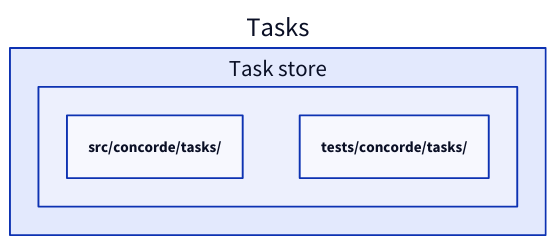
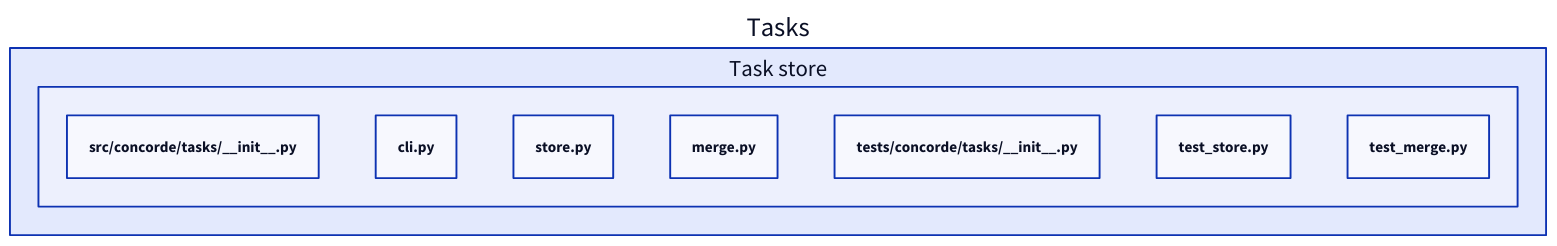
The third of 4 diagrams in specs/concorde/tasks/module.md (FTOD/concorde), drawn with D2 before and after one commit. The commit also changed other lines of this file and 81 other files, not shown here.

````diff
--- a/specs/concorde/tasks/module.md
+++ b/specs/concorde/tasks/module.md
@@ -361,8 +250,13 @@
 ```d2
 tasks: Tasks {
   store: Task store {
-    "src/concorde/tasks/"
-    "tests/concorde/tasks/"
+    "src/concorde/tasks/__init__.py"
+    "cli.py"
+    "store.py"
+    "merge.py"
+    "tests/concorde/tasks/__init__.py"
+    "test_store.py"
+    "test_merge.py"
   }
 }
 ```
````
